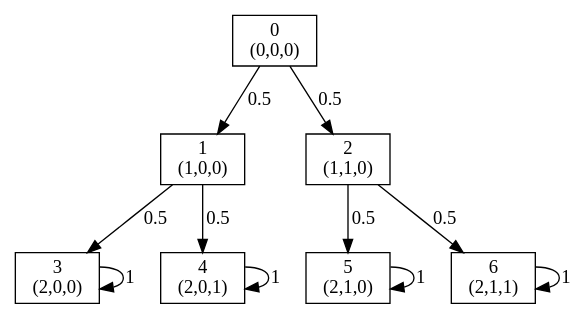
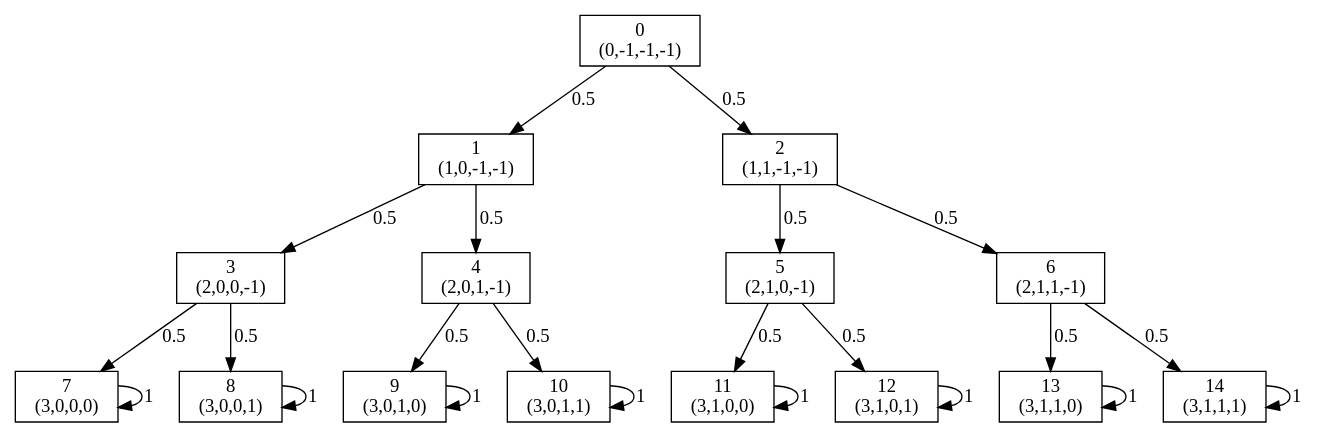
Before and after one commit to 1vanan/prism-api: the diagram in dtmc.dot, drawn with Graphviz. The commit also changed 1 other file, not shown here.

```diff
--- a/dtmc.dot
+++ b/dtmc.dot
@@ -1,20 +1,40 @@
 digraph P {
 node [shape=box];
 0 -> 1 [ label="0.5" ];
 0 -> 2 [ label="0.5" ];
 1 -> 3 [ label="0.5" ];
 1 -> 4 [ label="0.5" ];
 2 -> 5 [ label="0.5" ];
 2 -> 6 [ label="0.5" ];
-3 -> 3 [ label="1" ];
-4 -> 4 [ label="1" ];
-5 -> 5 [ label="1" ];
-6 -> 6 [ label="1" ];
-0 [label="0\n(0,0,0)"];
-1 [label="1\n(1,0,0)"];
-2 [label="2\n(1,1,0)"];
-3 [label="3\n(2,0,0)"];
-4 [label="4\n(2,0,1)"];
-5 [label="5\n(2,1,0)"];
-6 [label="6\n(2,1,1)"];
+3 -> 7 [ label="0.5" ];
+3 -> 8 [ label="0.5" ];
+4 -> 9 [ label="0.5" ];
+4 -> 10 [ label="0.5" ];
+5 -> 11 [ label="0.5" ];
+5 -> 12 [ label="0.5" ];
+6 -> 13 [ label="0.5" ];
+6 -> 14 [ label="0.5" ];
+7 -> 7 [ label="1" ];
+8 -> 8 [ label="1" ];
+9 -> 9 [ label="1" ];
+10 -> 10 [ label="1" ];
+11 -> 11 [ label="1" ];
+12 -> 12 [ label="1" ];
+13 -> 13 [ label="1" ];
+14 -> 14 [ label="1" ];
+0 [label="0\n(0,-1,-1,-1)"];
+1 [label="1\n(1,0,-1,-1)"];
+2 [label="2\n(1,1,-1,-1)"];
+3 [label="3\n(2,0,0,-1)"];
+4 [label="4\n(2,0,1,-1)"];
+5 [label="5\n(2,1,0,-1)"];
+6 [label="6\n(2,1,1,-1)"];
+7 [label="7\n(3,0,0,0)"];
+8 [label="8\n(3,0,0,1)"];
+9 [label="9\n(3,0,1,0)"];
+10 [label="10\n(3,0,1,1)"];
+11 [label="11\n(3,1,0,0)"];
+12 [label="12\n(3,1,0,1)"];
+13 [label="13\n(3,1,1,0)"];
+14 [label="14\n(3,1,1,1)"];
 }
```
